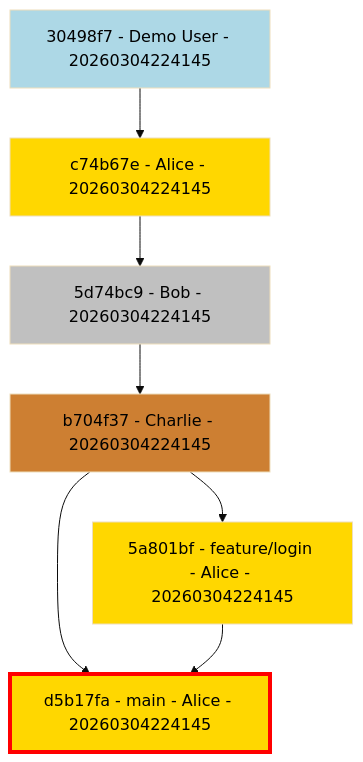
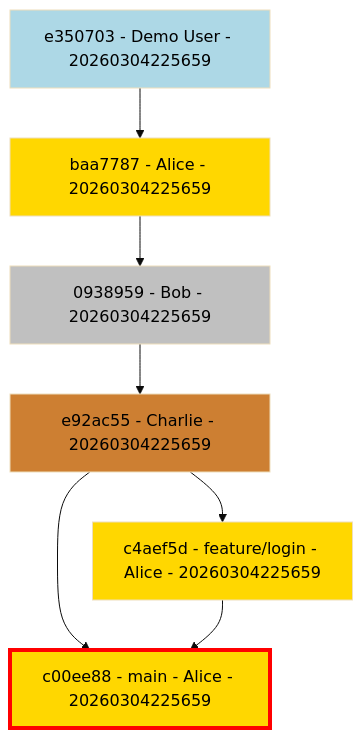
One commit to TheTrueSCU/git-graphable changed the first of 3 diagrams in examples/EXAMPLES.md. Above: the diagram before and after it, drawn with Mermaid (base theme). The commit also changed other lines of this file and 1 other file, not shown here.

````diff
--- a/examples/EXAMPLES.md
+++ b/examples/EXAMPLES.md
@@ -14,21 +14,21 @@
 ```mermaid
 flowchart TD
-30498f7aacb0bf541fd8623d6428d4f6e9128456["30498f7 - Demo User - 20260304224145"]
-style 30498f7aacb0bf541fd8623d6428d4f6e9128456 fill:#ADD8E6,color:black
-c74b67e729ecc5d1f84ec84a0ce66d16ce6b6d70["c74b67e - Alice - 20260304224145"]
-style c74b67e729ecc5d1f84ec84a0ce66d16ce6b6d70 fill:#FFD700,color:black
-5d74bc9567204508605af3b82cd16d71d1987418["5d74bc9 - Bob - 20260304224145"]
-style 5d74bc9567204508605af3b82cd16d71d1987418 fill:#C0C0C0,color:black
-b704f37c2772146788d29d9b012dbfd1513fde42["b704f37 - Charlie - 20260304224145"]
-style b704f37c2772146788d29d9b012dbfd1513fde42 fill:#CD7F32,color:black
-5a801bf1d00d1b231aabe966e0249b8cd86f91f2["5a801bf - feature/login - Alice - 20260304224145"]
-style 5a801bf1d00d1b231aabe966e0249b8cd86f91f2 fill:#FFD700,color:black
-d5b17fa132f44795e91f695f21d9968b304964b1["d5b17fa - main - Alice - 20260304224145"]
-style d5b17fa132f44795e91f695f21d9968b304964b1 fill:#FFD700,color:black,stroke:red,stroke-width:4px
-30498f7aacb0bf541fd8623d6428d4f6e9128456 --> c74b67e729ecc5d1f84ec84a0ce66d16ce6b6d70
-c74b67e729ecc5d1f84ec84a0ce66d16ce6b6d70 --> 5d74bc9567204508605af3b82cd16d71d1987418
-5d74bc9567204508605af3b82cd16d71d1987418 --> b704f37c2772146788d29d9b012dbfd1513fde42
-b704f37c2772146788d29d9b012dbfd1513fde42 --> 5a801bf1d00d1b231aabe966e0249b8cd86f91f2
-b704f37c2772146788d29d9b012dbfd1513fde42 --> d5b17fa132f44795e91f695f21d9968b304964b1
-5a801bf1d00d1b231aabe966e0249b8cd86f91f2 --> d5b17fa132f44795e91f695f21d9968b304964b1
+e350703026fb73dc08e890906c9f27547fe52d3d["e350703 - Demo User - 20260304225659"]
+style e350703026fb73dc08e890906c9f27547fe52d3d fill:#ADD8E6,color:black
+baa77871ec033514ae7cf64b215806d8db52d66e["baa7787 - Alice - 20260304225659"]
+style baa77871ec033514ae7cf64b215806d8db52d66e fill:#FFD700,color:black
+09389596475bcc38920422347ed068762d994b9a["0938959 - Bob - 20260304225659"]
+style 09389596475bcc38920422347ed068762d994b9a fill:#C0C0C0,color:black
+e92ac556805176e0bcb22bfbfc9e1c91bb89d40e["e92ac55 - Charlie - 20260304225659"]
+style e92ac556805176e0bcb22bfbfc9e1c91bb89d40e fill:#CD7F32,color:black
+c4aef5d9923ebf569750358d81bb317b58d6debf["c4aef5d - feature/login - Alice - 20260304225659"]
+style c4aef5d9923ebf569750358d81bb317b58d6debf fill:#FFD700,color:black
+c00ee886389997fd81c4d7cd66646e14d4b25e23["c00ee88 - main - Alice - 20260304225659"]
+style c00ee886389997fd81c4d7cd66646e14d4b25e23 fill:#FFD700,color:black,stroke:red,stroke-width:4px
+e350703026fb73dc08e890906c9f27547fe52d3d --> baa77871ec033514ae7cf64b215806d8db52d66e
+baa77871ec033514ae7cf64b215806d8db52d66e --> 09389596475bcc38920422347ed068762d994b9a
+09389596475bcc38920422347ed068762d994b9a --> e92ac556805176e0bcb22bfbfc9e1c91bb89d40e
+e92ac556805176e0bcb22bfbfc9e1c91bb89d40e --> c4aef5d9923ebf569750358d81bb317b58d6debf
+e92ac556805176e0bcb22bfbfc9e1c91bb89d40e --> c00ee886389997fd81c4d7cd66646e14d4b25e23
+c4aef5d9923ebf569750358d81bb317b58d6debf --> c00ee886389997fd81c4d7cd66646e14d4b25e23
 ```
````
